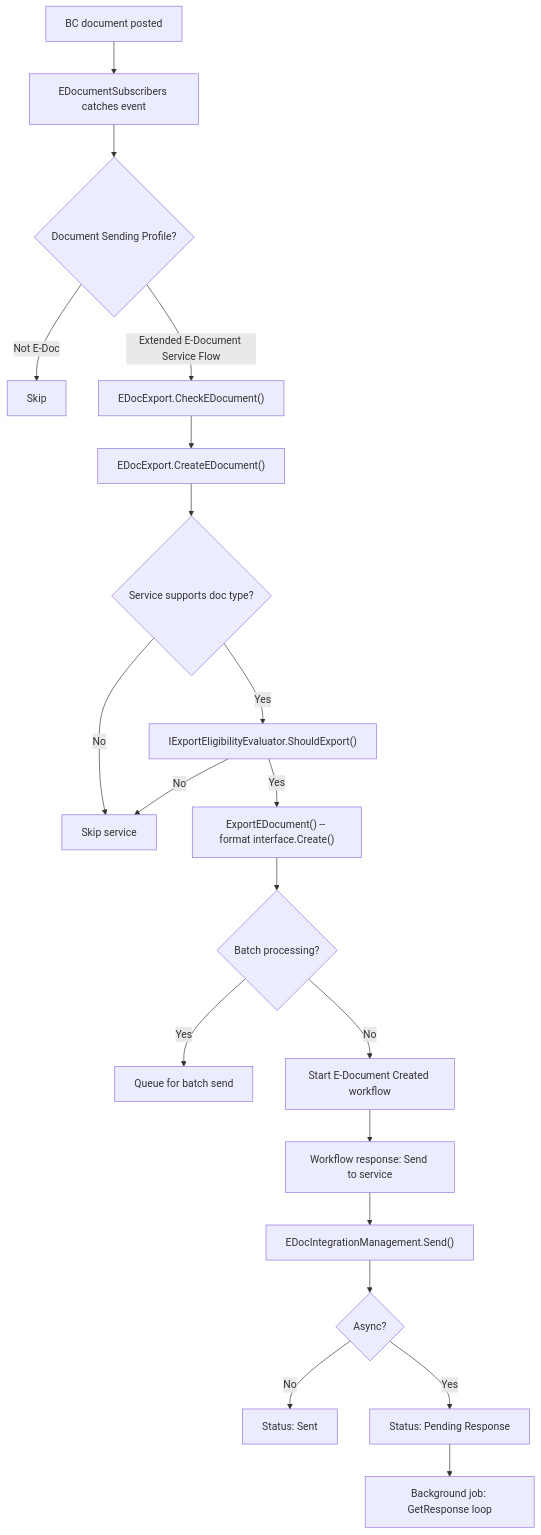
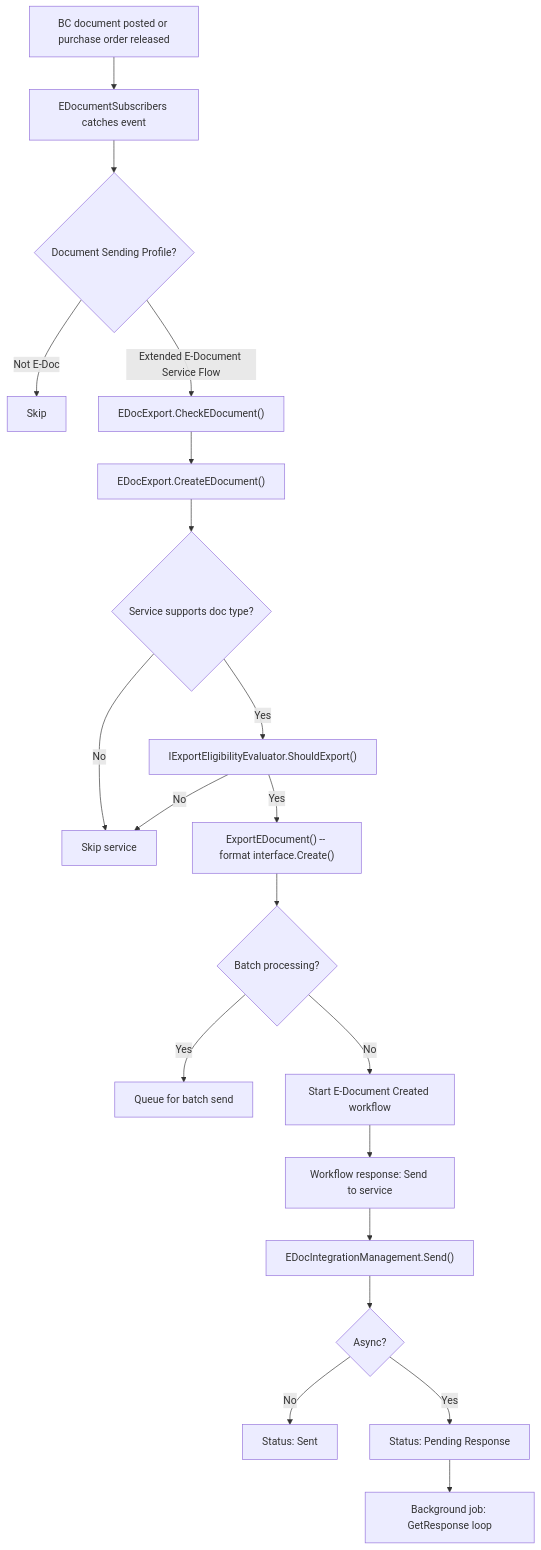
One commit to StefanMaron/MSDyn365BC.Sandbox.Code.History changed the first of 3 diagrams in E-Document Core/docs/business-logic.md. Above: the diagram before and after it, drawn with Mermaid. The commit also changed other lines of this file and 407 other files, not shown here.

````diff
--- a/E-Document Core/docs/business-logic.md
+++ b/E-Document Core/docs/business-logic.md
@@ -17,22 +17,22 @@
 ```mermaid
 flowchart TD
-    A[BC document posted] --> B[EDocumentSubscribers catches event]
+    A[BC document posted or purchase order released] --> B[EDocumentSubscribers catches event]
     B --> C{Document Sending Profile?}
     C -->|Not E-Doc| D[Skip]
     C -->|Extended E-Document Service Flow| E["EDocExport.CheckEDocument()"]
     E --> F["EDocExport.CreateEDocument()"]
     F --> G{Service supports doc type?}
     G -->|No| H[Skip service]
     G -->|Yes| I["IExportEligibilityEvaluator.ShouldExport()"]
     I -->|No| H
     I -->|Yes| J["ExportEDocument() -- format interface.Create()"]
     J --> K{Batch processing?}
     K -->|Yes| L[Queue for batch send]
     K -->|No| M[Start E-Document Created workflow]
     M --> N["Workflow response: Send to service"]
     N --> O["EDocIntegrationManagement.Send()"]
     O --> P{Async?}
     P -->|No| Q[Status: Sent]
     P -->|Yes| R[Status: Pending Response]
     R --> S[Background job: GetResponse loop]
 ```
````
